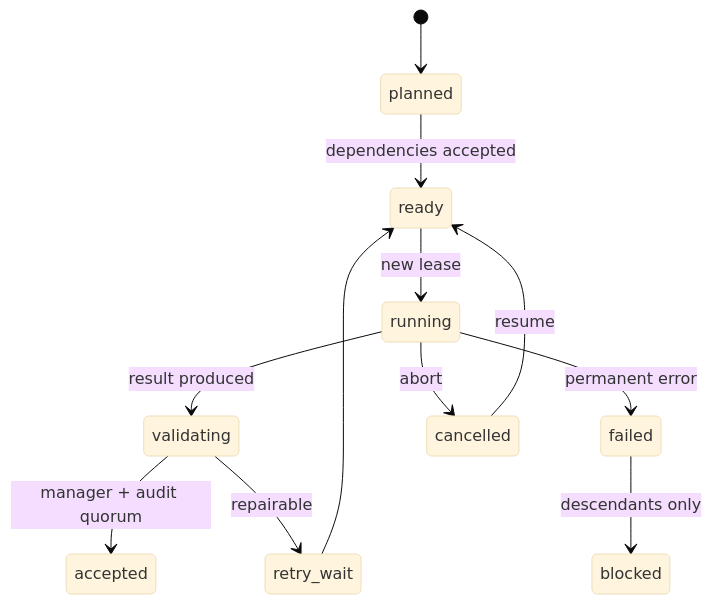
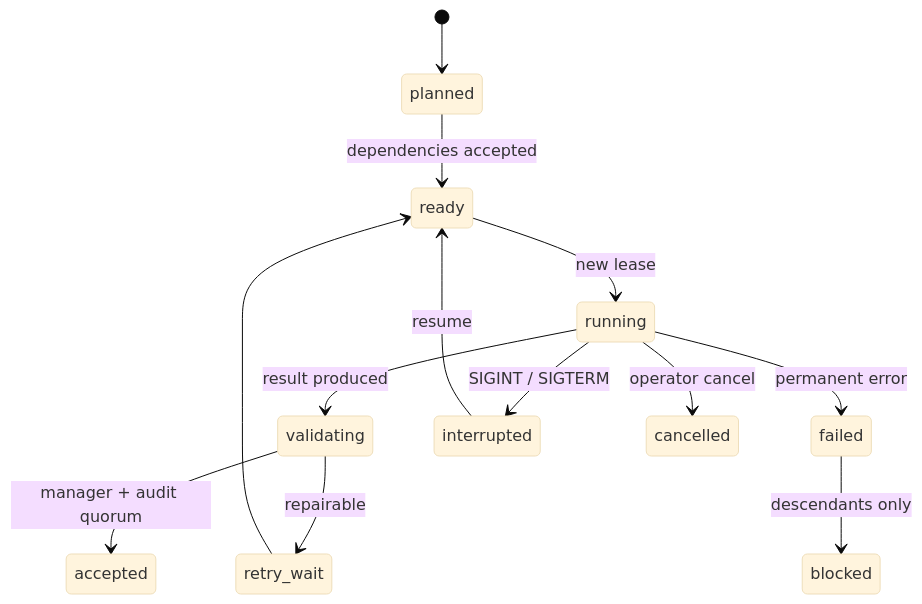
Before and after one commit to jsk1004ha/luna-swarm: the second of 2 diagrams in README.md, drawn with Mermaid (base theme). The commit also changed other lines of this file and 377 other files, not shown here.

````diff
--- a/README.md
+++ b/README.md
@@ -229,14 +253,15 @@
 ```mermaid
 stateDiagram-v2
   [*] --> planned
   planned --> ready: dependencies accepted
   ready --> running: new lease
   running --> validating: result produced
   validating --> accepted: manager + audit quorum
   validating --> retry_wait: repairable
   retry_wait --> ready
   running --> failed: permanent error
   failed --> blocked: descendants only
-  running --> cancelled: abort
-  cancelled --> ready: resume
+  running --> interrupted: SIGINT / SIGTERM
+  interrupted --> ready: resume
+  running --> cancelled: operator cancel
 ```
````
